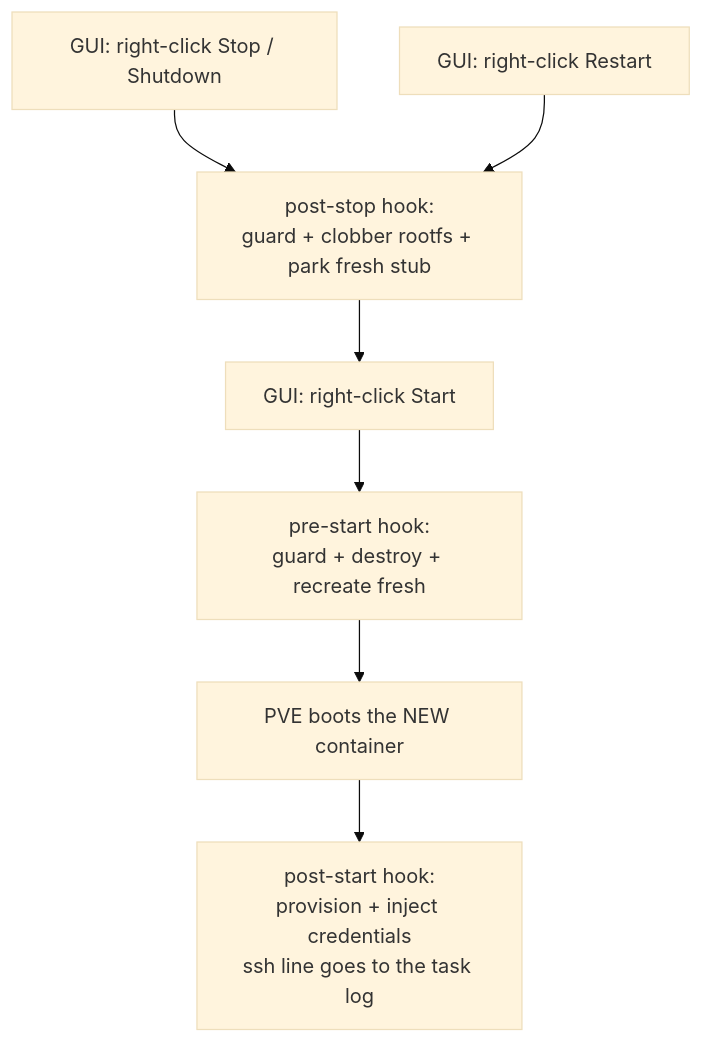
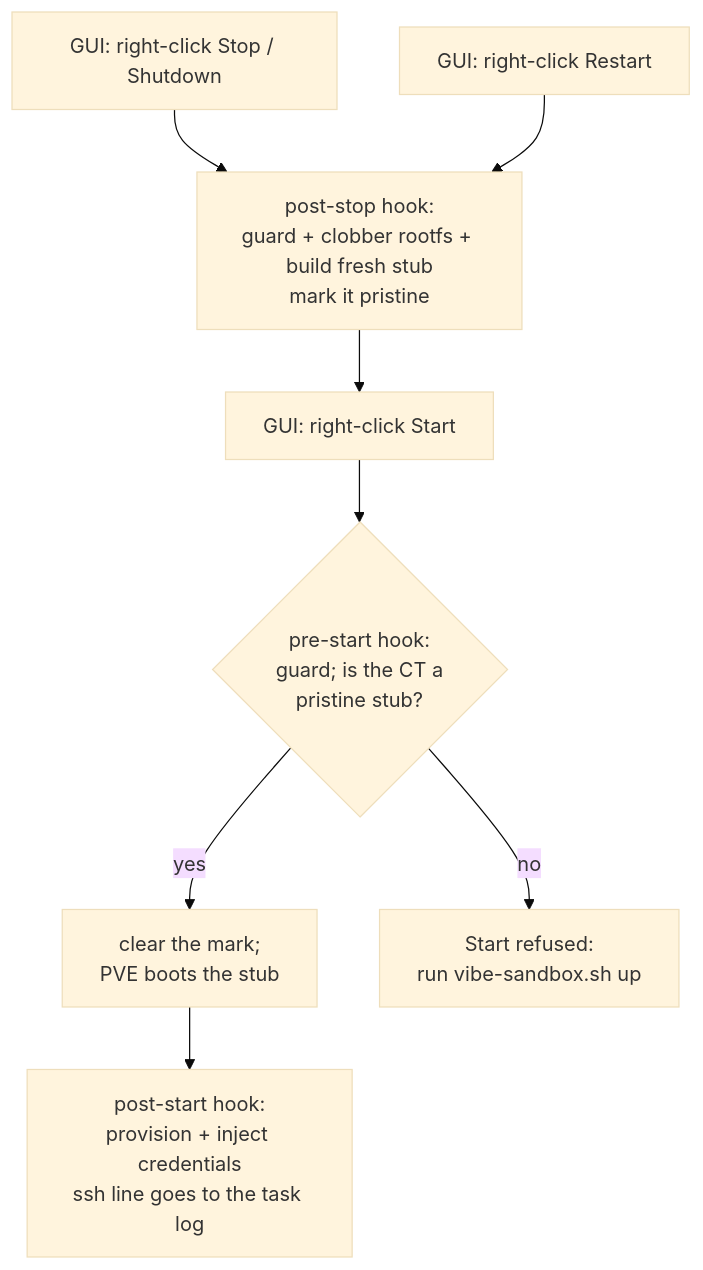
Before and after one commit to itsfja/mistral-sandbox: the diagram in README.md, drawn with Mermaid (base theme). The commit also changed other lines of this file and 3 other files, not shown here.

First line of the commit message:
fix: port the AI-sandbox fixes for GUI Start, wipe, IPv6 egress and tidy-ups

````diff
--- a/README.md
+++ b/README.md
@@ -481,9 +489,10 @@
 ```mermaid
 flowchart TD
-    S["GUI: right-click Start"] --> PS1["pre-start hook:<br/>guard + destroy + recreate fresh"]
-    PS1 --> PVEB["PVE boots the NEW container"]
-    PVEB --> PS2["post-start hook:<br/>provision + inject credentials<br/>ssh line goes to the task log"]
-    T["GUI: right-click Stop / Shutdown"] --> PR2["post-stop hook:<br/>guard + clobber rootfs + park fresh stub"]
+    T["GUI: right-click Stop / Shutdown"] --> PR2["post-stop hook:<br/>guard + clobber rootfs + build fresh stub<br/>mark it pristine"]
     R["GUI: right-click Restart"] --> PR2
     PR2 --> S
+    S["GUI: right-click Start"] --> PS1{"pre-start hook:<br/>guard; is the CT a<br/>pristine stub?"}
+    PS1 -- yes --> PVEB["clear the mark;<br/>PVE boots the stub"]
+    PS1 -- no --> REF["Start refused:<br/>run vibe-sandbox.sh up"]
+    PVEB --> PS2["post-start hook:<br/>provision + inject credentials<br/>ssh line goes to the task log"]
 ```
````
